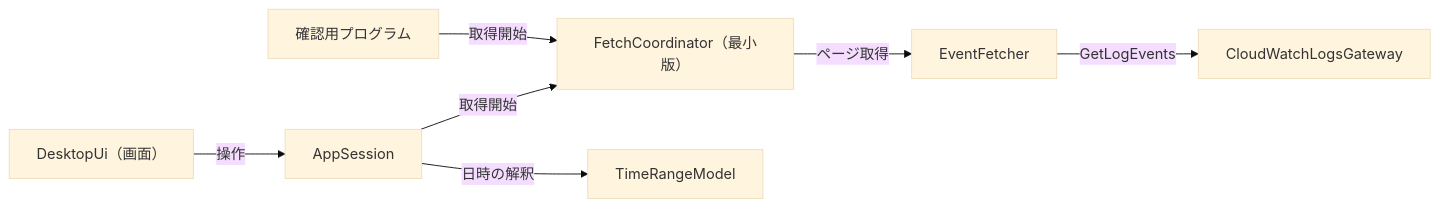
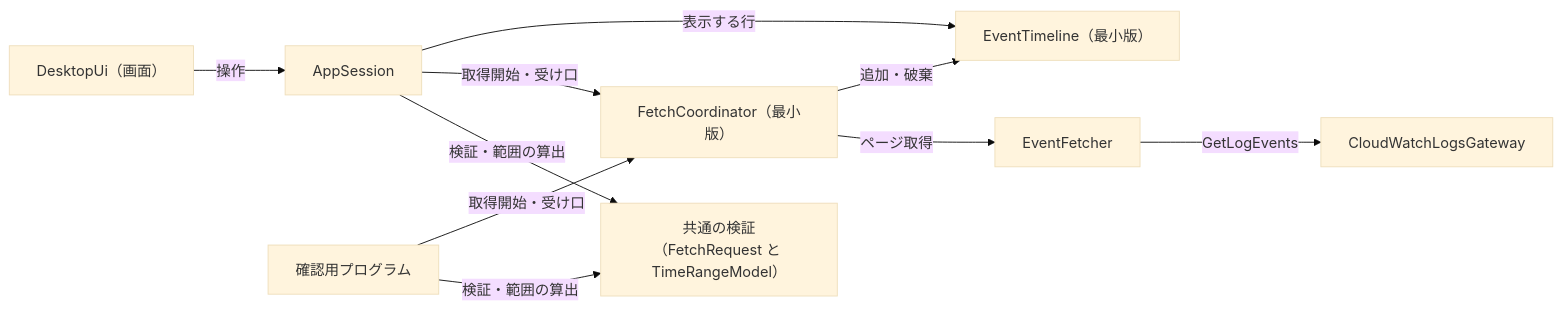
The first of 5 diagrams in aidlc/spaces/default/intents/261002-cwlogs-viewer/construction/u1-walking-skeleton/functional-design/functional-spec.md (kdnakt/local-sights), drawn with Mermaid (base theme) before and after one commit. The commit also changed other lines of this file and 8 other files, not shown here.

````diff
--- a/aidlc/spaces/default/intents/261002-cwlogs-viewer/construction/u1-walking-skeleton/functional-design/functional-spec.md
+++ b/aidlc/spaces/default/intents/261002-cwlogs-viewer/construction/u1-walking-skeleton/functional-design/functional-spec.md
@@ -11,9 +11,12 @@
 ```mermaid
 graph LR
   UI["DesktopUi（画面）"] -->|操作| AS["AppSession"]
-  AS -->|取得開始| FC["FetchCoordinator（最小版）"]
+  AS -->|検証・範囲の算出| VAL["共通の検証（FetchRequest と TimeRangeModel）"]
+  AS -->|取得開始・受け口| FC["FetchCoordinator（最小版）"]
+  AS -->|表示する行| ET["EventTimeline（最小版）"]
   FC -->|ページ取得| EF["EventFetcher"]
+  FC -->|追加・破棄| ET
   EF -->|GetLogEvents| GW["CloudWatchLogsGateway"]
-  AS -->|日時の解釈| TR["TimeRangeModel"]
-  CLI["確認用プログラム"] -->|取得開始| FC
+  CLI["確認用プログラム"] -->|検証・範囲の算出| VAL
+  CLI -->|取得開始・受け口| FC
 ```
````
